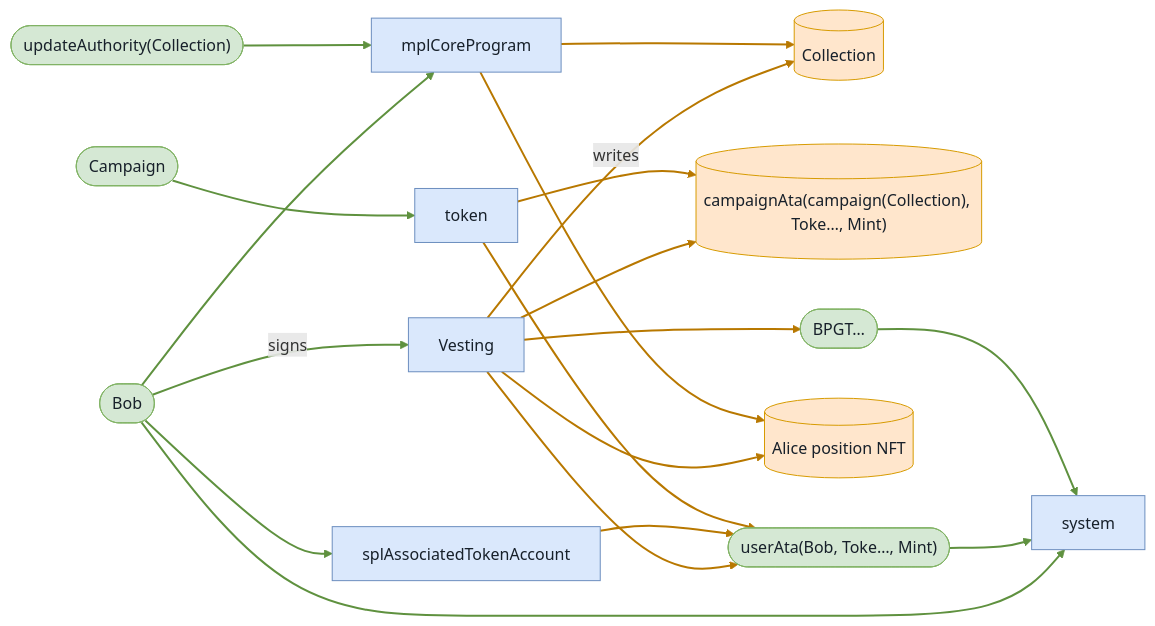
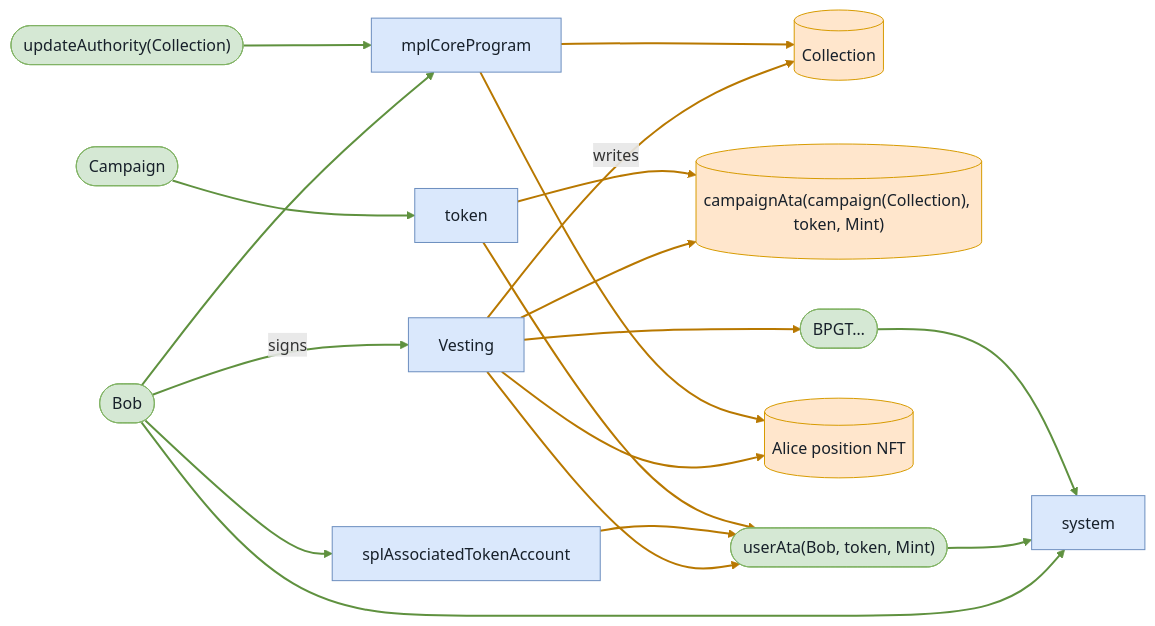
One commit to cds-turbin3/vesting-position changed diagram 23 of 36 in md-reports-babelfish/full_lifecycle.md. Above: the diagram before and after it, drawn with Mermaid. The commit also changed other lines of this file and 104 other files, not shown here.

````diff
--- a/md-reports-babelfish/full_lifecycle.md
+++ b/md-reports-babelfish/full_lifecycle.md
@@ -986,39 +986,39 @@
 ```mermaid
 flowchart LR
     Vesting["Vesting"]:::program
     Bob(["Bob"]):::signer
     Collection[("Collection")]:::state
-    campaignAtacampaignCollectionTokeMint[("campaignAta(campaign(Collection), Toke…, Mint)")]:::state
-    userAtaBobTokeMint(["userAta(Bob, Toke…, Mint)"]):::signer
+    campaignAtacampaignCollectiontokenMint[("campaignAta(campaign(Collection), token, Mint)")]:::state
+    userAtaBobtokenMint(["userAta(Bob, token, Mint)"]):::signer
     AlicepositionNFT[("Alice position NFT")]:::state
     BPGT(["BPGT…"]):::signer
     splAssociatedTokenAccount["splAssociatedTokenAccount"]:::program
     token["token"]:::program
     system["system"]:::program
     mplCoreProgram["mplCoreProgram"]:::program
     updateAuthorityCollection(["updateAuthority(Collection)"]):::signer
     Campaign(["Campaign"]):::signer
     Bob -->|signs| Vesting
     Vesting -->|writes| Collection
-    Vesting --> campaignAtacampaignCollectionTokeMint
-    Vesting --> userAtaBobTokeMint
+    Vesting --> campaignAtacampaignCollectiontokenMint
+    Vesting --> userAtaBobtokenMint
     Vesting --> AlicepositionNFT
     Vesting --> BPGT
     Bob --> splAssociatedTokenAccount
-    splAssociatedTokenAccount --> userAtaBobTokeMint
+    splAssociatedTokenAccount --> userAtaBobtokenMint
     Bob --> system
-    userAtaBobTokeMint --> system
-    token --> userAtaBobTokeMint
+    userAtaBobtokenMint --> system
+    token --> userAtaBobtokenMint
     BPGT --> system
     mplCoreProgram --> AlicepositionNFT
     mplCoreProgram --> Collection
     Bob --> mplCoreProgram
     updateAuthorityCollection --> mplCoreProgram
-    token --> campaignAtacampaignCollectionTokeMint
+    token --> campaignAtacampaignCollectiontokenMint
     Campaign --> token
     classDef program fill:#dae8fc,stroke:#6c8ebf,color:#17202a;
     classDef signer fill:#d5e8d4,stroke:#82b366,color:#17202a;
     classDef state fill:#ffe6cc,stroke:#d79b00,color:#17202a;
     linkStyle 0,6,8,9,11,14,15,17 stroke:#5f913f,stroke-width:2px
     linkStyle 1,2,3,4,5,7,10,12,13,16 stroke:#b87800,stroke-width:2px
 ```
````
